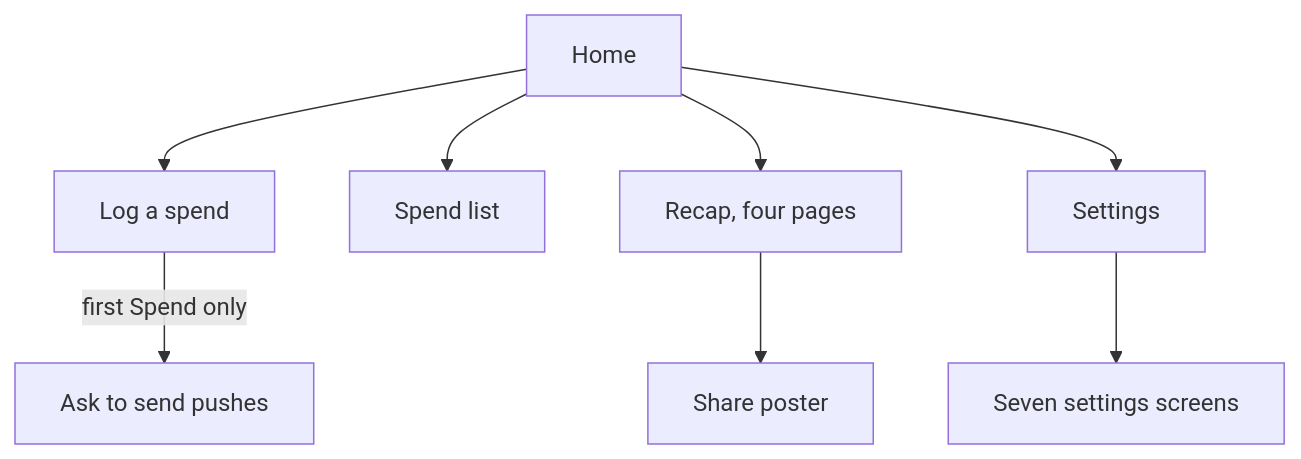
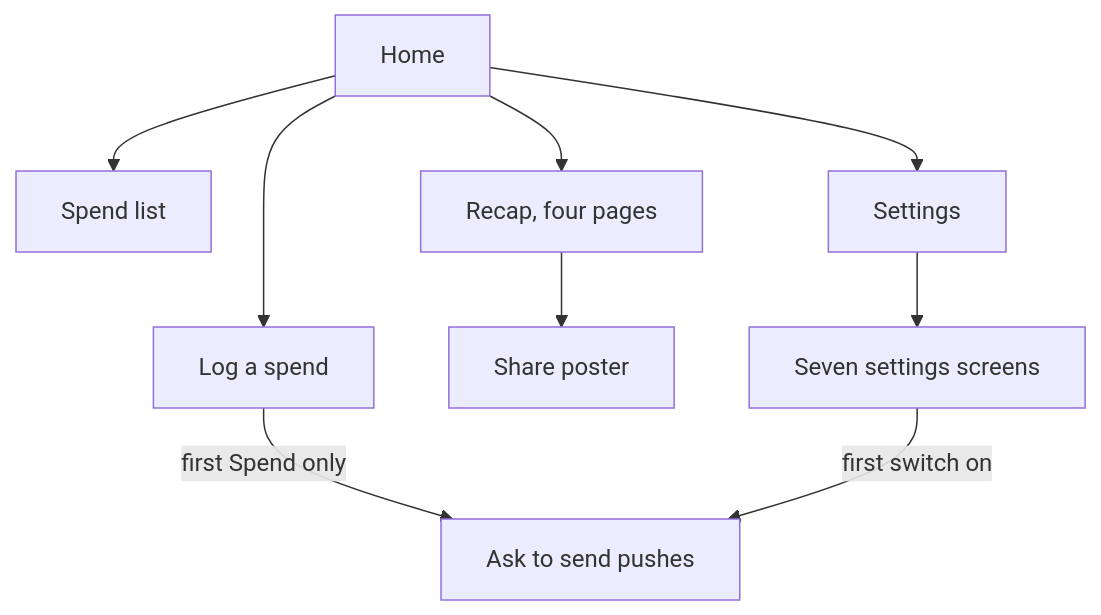
The second of 2 diagrams in apps/ios/README.md (ravialdyh/my-money-recap-monorepo), drawn with Mermaid before and after one commit. The commit also changed other lines of this file and 16 other files, not shown here.

````diff
--- a/apps/ios/README.md
+++ b/apps/ios/README.md
@@ -28,18 +32,19 @@
 ```mermaid
 flowchart TD
     home["Home"]
     log["Log a spend"]
     push["Ask to send pushes"]
     list["Spend list"]
     recap["Recap, four pages"]
     share["Share poster"]
     settings["Settings"]
     rows["Seven settings screens"]
     home --> log
     log -- "first Spend only" --> push
+    rows -- "first switch on" --> push
     home --> list
     home --> recap
     recap --> share
     home --> settings
     settings --> rows
 ```
````
